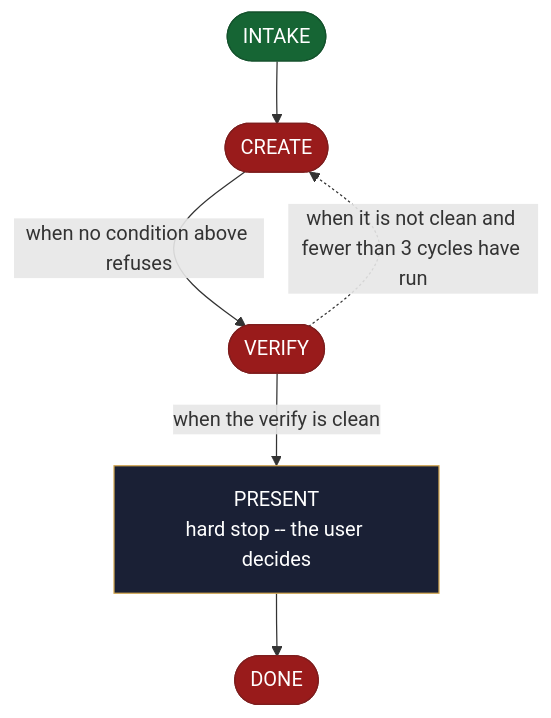
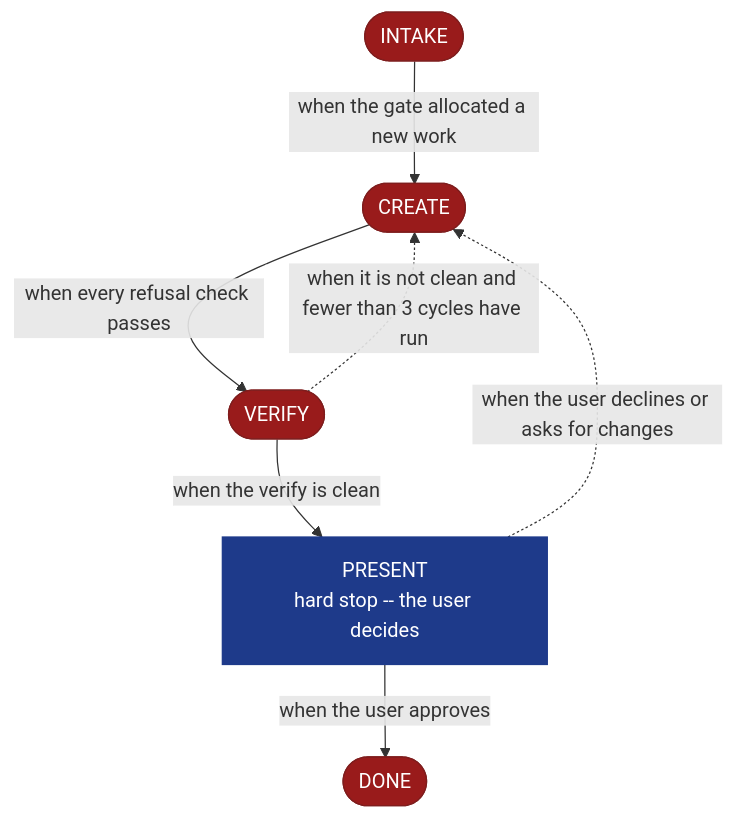
The diagram in site/src/content/docs/skills/aid-create-architecture.md (AndreVianna/aid-methodology), drawn with Mermaid before and after one commit. The commit also changed other lines of this file and 253 other files, not shown here.

````diff
--- a/site/src/content/docs/skills/aid-create-architecture.md
+++ b/site/src/content/docs/skills/aid-create-architecture.md
@@ -20,29 +20,30 @@
 ```mermaid
 flowchart TB
   classDef aidNode color:#fff
   classDef aidEntry fill:#166534,stroke:#14532d,color:#fff
   classDef aidExit fill:#991b1b,stroke:#7f1d1d,color:#fff
   classDef aidDecision fill:#92400e,stroke:#78350f,color:#fff
   classDef aidLoopBack fill:#1e3a8a,stroke:#1e3a8a,color:#fff
   classDef aidStep fill:#1a2035,stroke:#d4a853,color:#f1f5f9
   n1(["INTAKE"])
   n2(["CREATE"])
   n3(["VERIFY"])
   n4["PRESENT<br/>hard stop -- the user decides"]
   n5(["DONE"])
-  n1 --> n2
-  n2 -->|"when no condition above refuses"| n3
+  n1 -->|"when the gate allocated a new work"| n2
+  n2 -->|"when every refusal check passes"| n3
   n3 -. "when it is not clean and fewer than 3 cycles have run" .-> n2
   n3 -->|"when the verify is clean"| n4
-  n4 --> n5
-  class n1 aidEntry
+  n4 -. "when the user declines or asks for changes" .-> n2
+  n4 -->|"when the user approves"| n5
+  class n1 aidExit
   class n2 aidExit
   class n3 aidExit
-  class n4 aidStep
+  class n4 aidLoopBack
   class n5 aidExit
   class n1 aidNode
   class n2 aidNode
   class n3 aidNode
   class n4 aidNode
   class n5 aidNode
 ```
````
